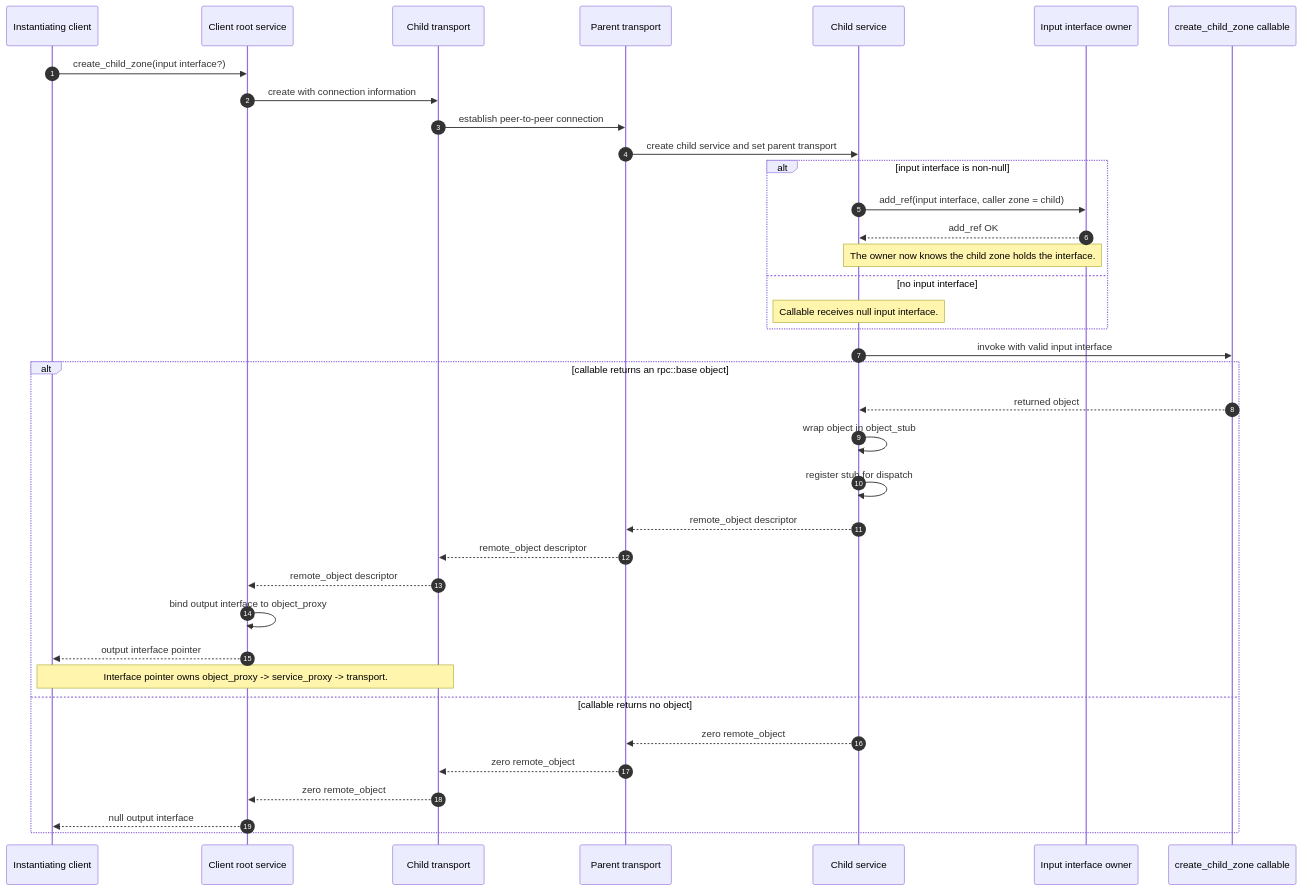
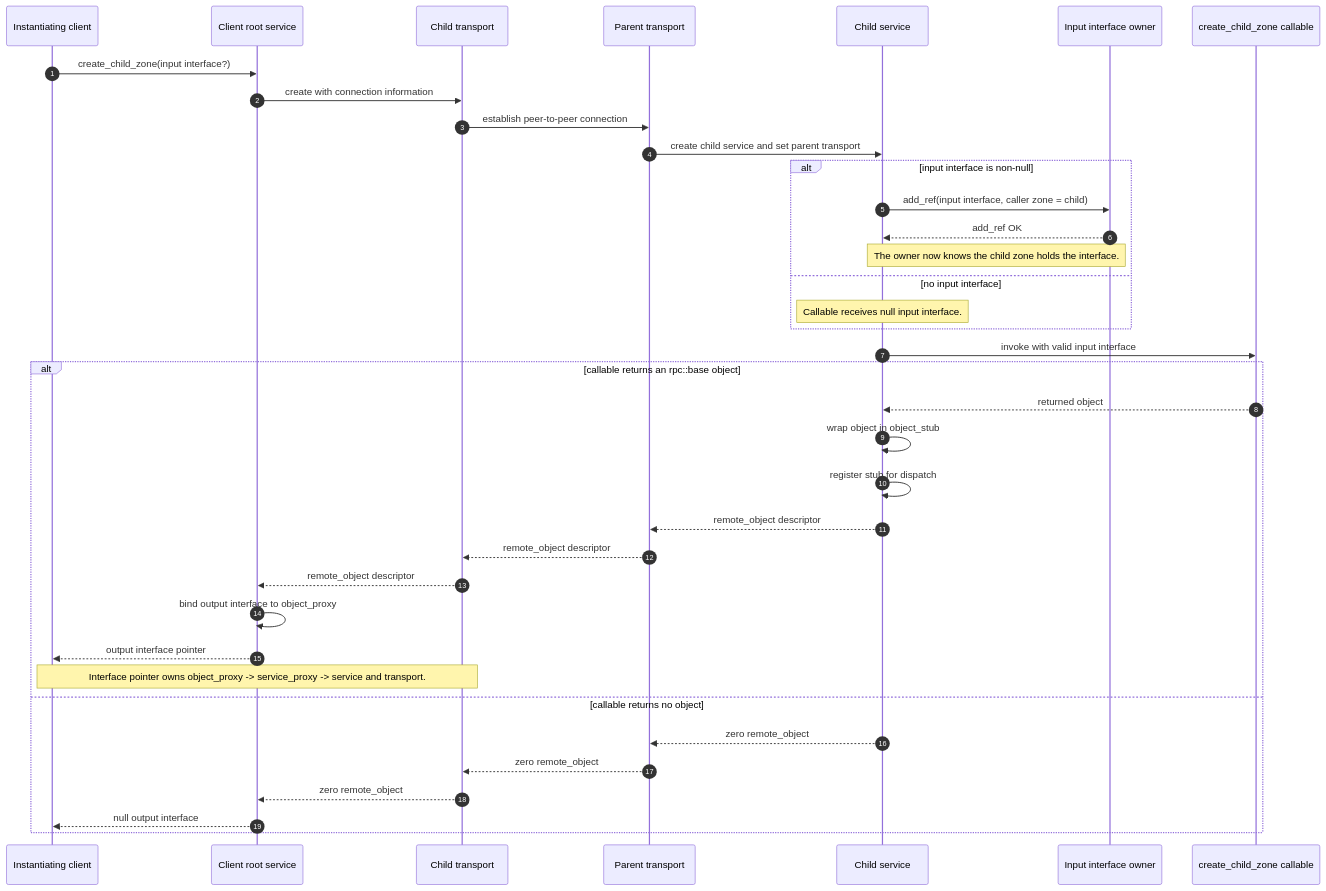
One commit to edwardbr/Canopy changed the diagram in documents/protocol/create-child-zone.md. Above: the diagram before and after it, drawn with Mermaid. The commit also changed other lines of this file and 127 other files, not shown here.

````diff
--- a/documents/protocol/create-child-zone.md
+++ b/documents/protocol/create-child-zone.md
@@ -16,43 +16,43 @@
 ```mermaid
 sequenceDiagram
     autonumber
     participant Client as Instantiating client
     participant RootSvc as Client root service
     participant ChildTransport as Child transport
     participant ParentTransport as Parent transport
     participant ChildSvc as Child service
     participant OwnerSvc as Input interface owner
     participant Callable as create_child_zone callable
 
     Client->>RootSvc: create_child_zone(input interface?)
     RootSvc->>ChildTransport: create with connection information
     ChildTransport->>ParentTransport: establish peer-to-peer connection
     ParentTransport->>ChildSvc: create child service and set parent transport
 
     alt input interface is non-null
         ChildSvc->>OwnerSvc: add_ref(input interface, caller zone = child)
         OwnerSvc-->>ChildSvc: add_ref OK
         Note over ChildSvc,OwnerSvc: The owner now knows the child zone holds the interface.
     else no input interface
         Note over ChildSvc: Callable receives null input interface.
     end
 
     ChildSvc->>Callable: invoke with valid input interface
 
     alt callable returns an rpc::base object
         Callable-->>ChildSvc: returned object
         ChildSvc->>ChildSvc: wrap object in object_stub
         ChildSvc->>ChildSvc: register stub for dispatch
         ChildSvc-->>ParentTransport: remote_object descriptor
         ParentTransport-->>ChildTransport: remote_object descriptor
         ChildTransport-->>RootSvc: remote_object descriptor
         RootSvc->>RootSvc: bind output interface to object_proxy
         RootSvc-->>Client: output interface pointer
-        Note over Client,ChildTransport: Interface pointer owns object_proxy -> service_proxy -> transport.
+        Note over Client,ChildTransport: Interface pointer owns object_proxy -> service_proxy -> service and transport.
     else callable returns no object
         ChildSvc-->>ParentTransport: zero remote_object
         ParentTransport-->>ChildTransport: zero remote_object
         ChildTransport-->>RootSvc: zero remote_object
         RootSvc-->>Client: null output interface
     end
 ```
````
